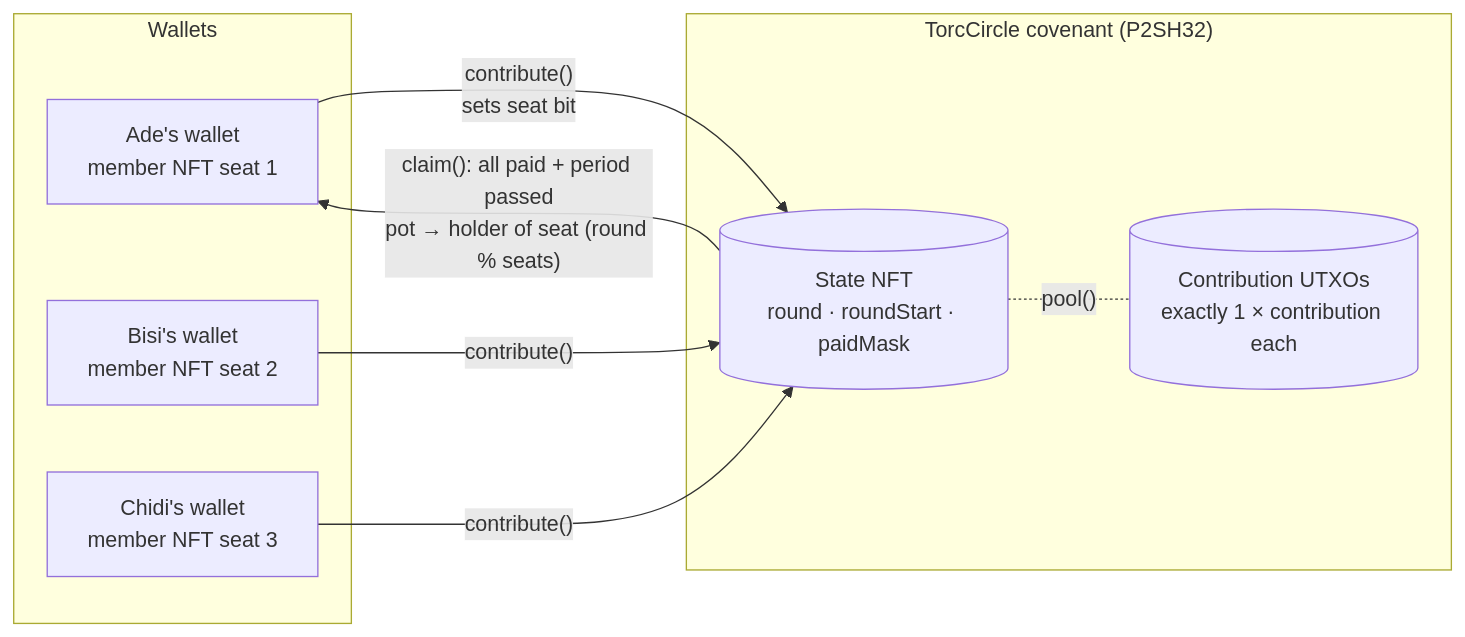
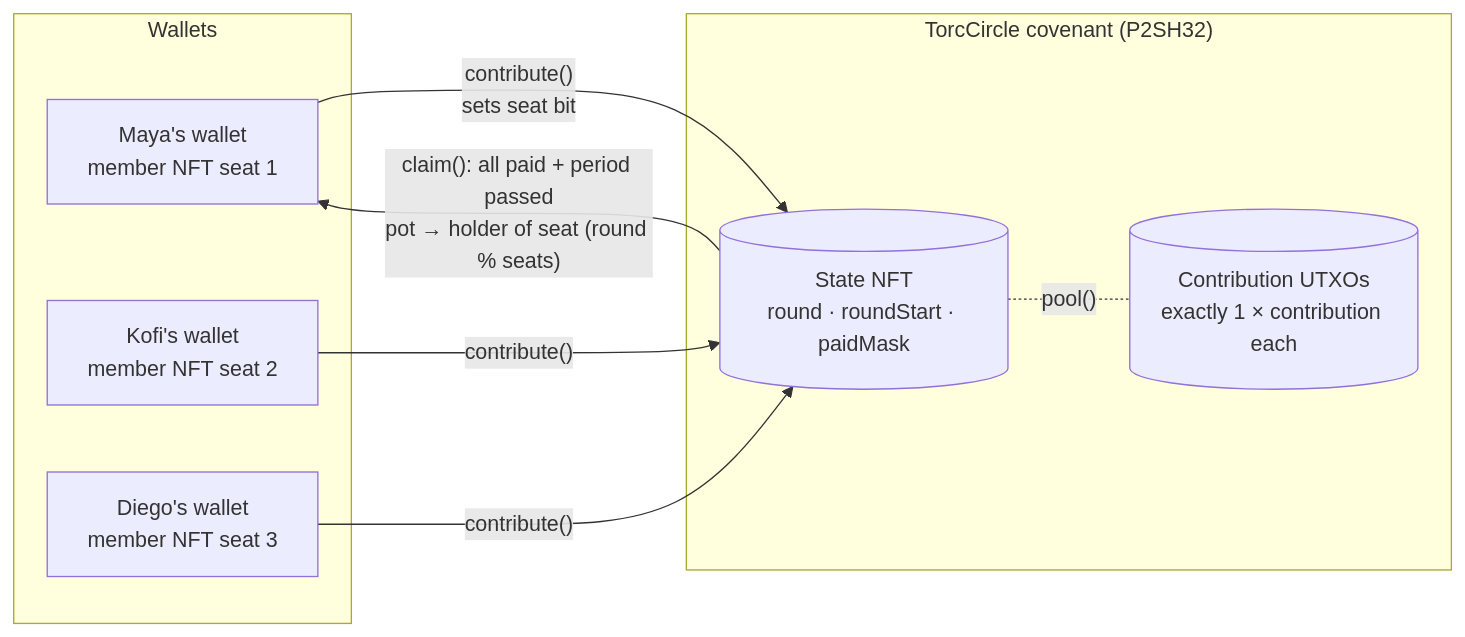
One commit to levithefirst/torc changed the diagram in README.md. Above: the diagram before and after it, drawn with Mermaid. The commit also changed other lines of this file and 9 other files, not shown here.

Commit message:
copy: pitch savings circles as a global habit (tanda, hui, chit fund, susu; ajo/esusu as origin); demo shown as 'Torc Demo Circle' with Maya, Kofi, Diego (on-chain records unchanged)

````diff
--- a/README.md
+++ b/README.md
@@ -35,17 +35,17 @@
 ```mermaid
 flowchart LR
   subgraph Wallets
-    A[Ade's wallet<br/>member NFT seat 1]
-    B[Bisi's wallet<br/>member NFT seat 2]
-    C[Chidi's wallet<br/>member NFT seat 3]
+    A[Maya's wallet<br/>member NFT seat 1]
+    B[Kofi's wallet<br/>member NFT seat 2]
+    C[Diego's wallet<br/>member NFT seat 3]
   end
   subgraph Covenant["TorcCircle covenant (P2SH32)"]
     S[(State NFT<br/>round · roundStart · paidMask)]
     P[(Contribution UTXOs<br/>exactly 1 × contribution each)]
   end
   A -- "contribute()<br/>sets seat bit" --> S
   B -- "contribute()" --> S
   C -- "contribute()" --> S
   S -. "pool()" .- P
   S -- "claim(): all paid + period passed<br/>pot → holder of seat (round % seats)" --> A
 ```
````
